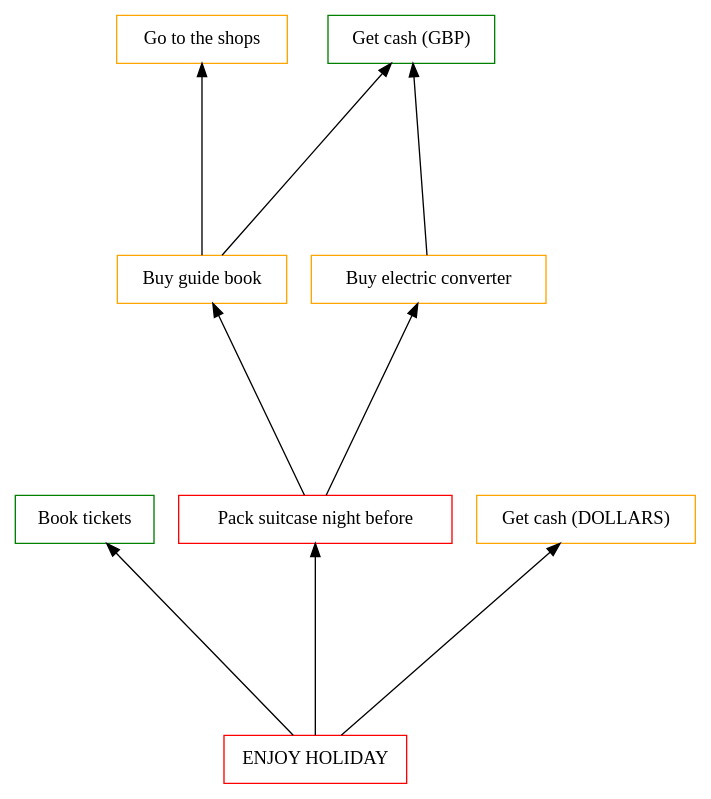
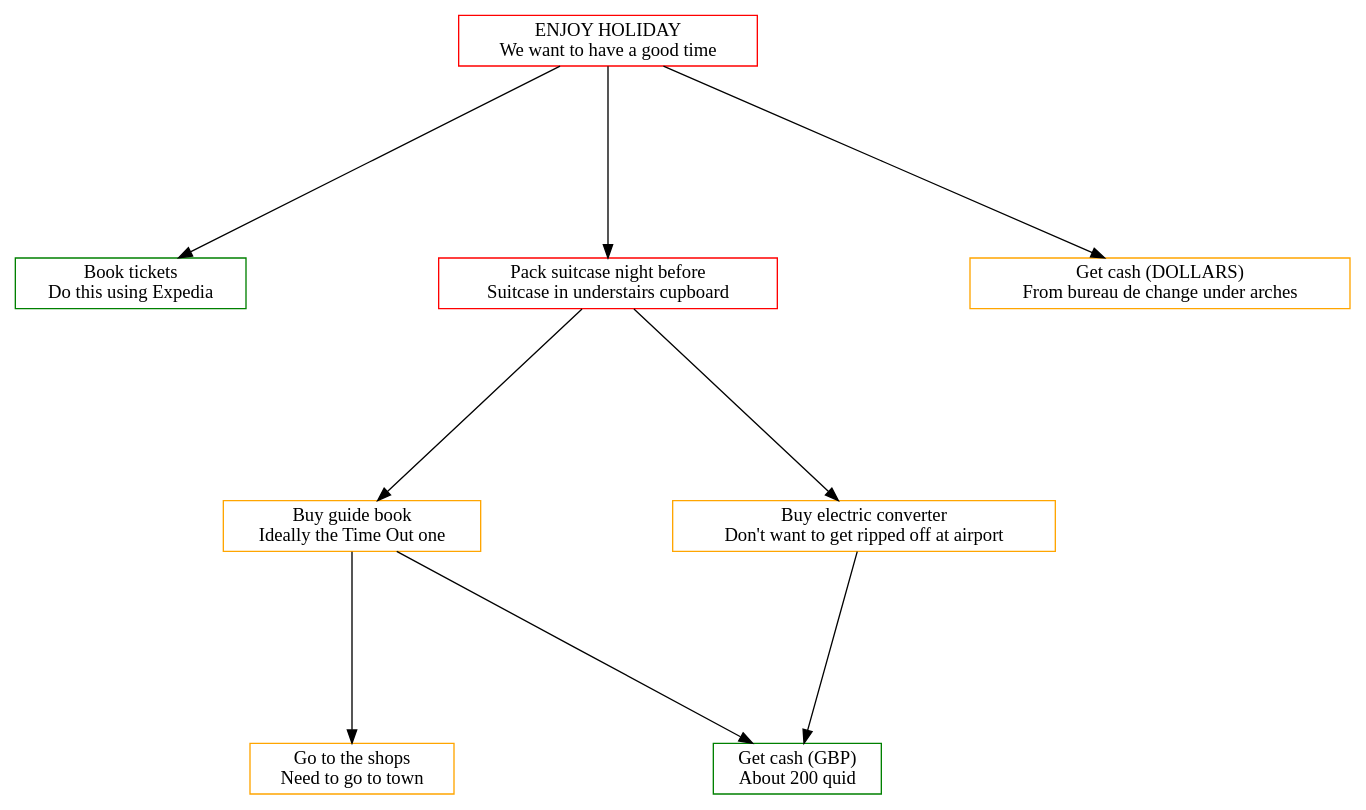
One commit to ianmiell/pm-as-code changed the diagram in 5.complex/complex.gv. Above: the diagram before and after it, drawn with Graphviz. The commit also changed 8 other files, not shown here.

```diff
--- a/5.complex/complex.gv
+++ b/5.complex/complex.gv
@@ -1,28 +1,26 @@
 digraph G {
-
-  rankdir="BT"
-  #ordering=out
   ranksep=2.0
+  nodesep=2.0
   overlap="false"
-  #weight=0.5
+  weight=0.5
 
   node [colour="black", shape="rectangle"]
 
-  "EH" [label="ENJOY HOLIDAY",color="red"]
-  "BT" [label="Book tickets",color="green"]
-  "PSNB" [label="Pack suitcase night before",color="red"]
-  "BGB" [label="Buy guide book",color="orange"]
-  "BEC" [label="Buy electric converter",color="orange"]
-  "GTS" [label="Go to the shops",color="orange"]
-  "GCG" [label="Get cash (GBP)",color="green"]
-  "GCD" [label="Get cash (DOLLARS)",color="orange"]
+  "EH" [label="ENJOY HOLIDAY\nWe want to have a good time",color="red"]
+  "BT" [label="Book tickets\nDo this using Expedia",color="green"]
+  "PSNB" [label="Pack suitcase night before\nSuitcase in understairs cupboard",color="red"]
+  "BGB" [label="Buy guide book\nIdeally the Time Out one",color="orange"]
+  "BEC" [label="Buy electric converter\nDon't want to get ripped off at airport",color="orange"]
+  "GTS" [label="Go to the shops\nNeed to go to town",color="orange"]
+  "GCG" [label="Get cash (GBP)\nAbout 200 quid",color="green"]
+  "GCD" [label="Get cash (DOLLARS)\nFrom bureau de change under arches",color="orange"]
   
   "EH" -> "BT"
   "EH" -> "PSNB"
   "EH" -> "GCD"
   "PSNB" -> "BGB"
   "BGB" -> "GTS"
   "PSNB" -> "BEC"
   "BGB" -> "GCG"
   "BEC" -> "GCG"
 }
```
